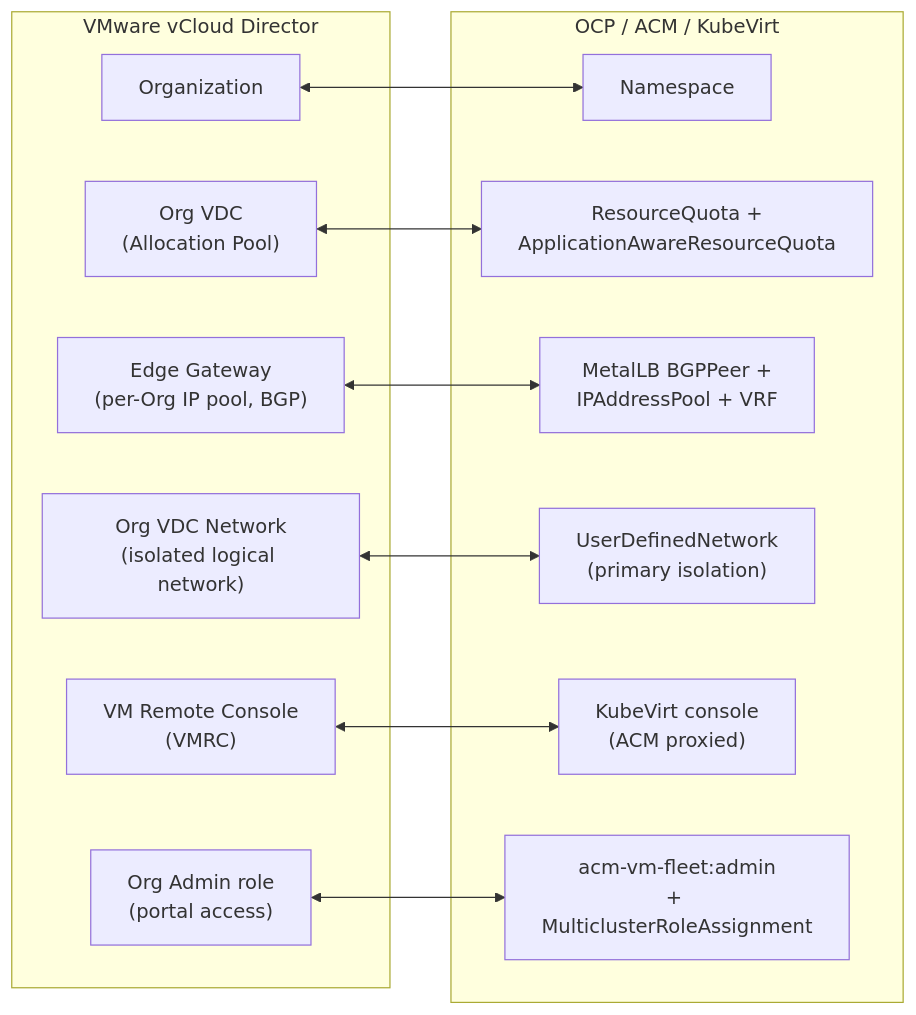
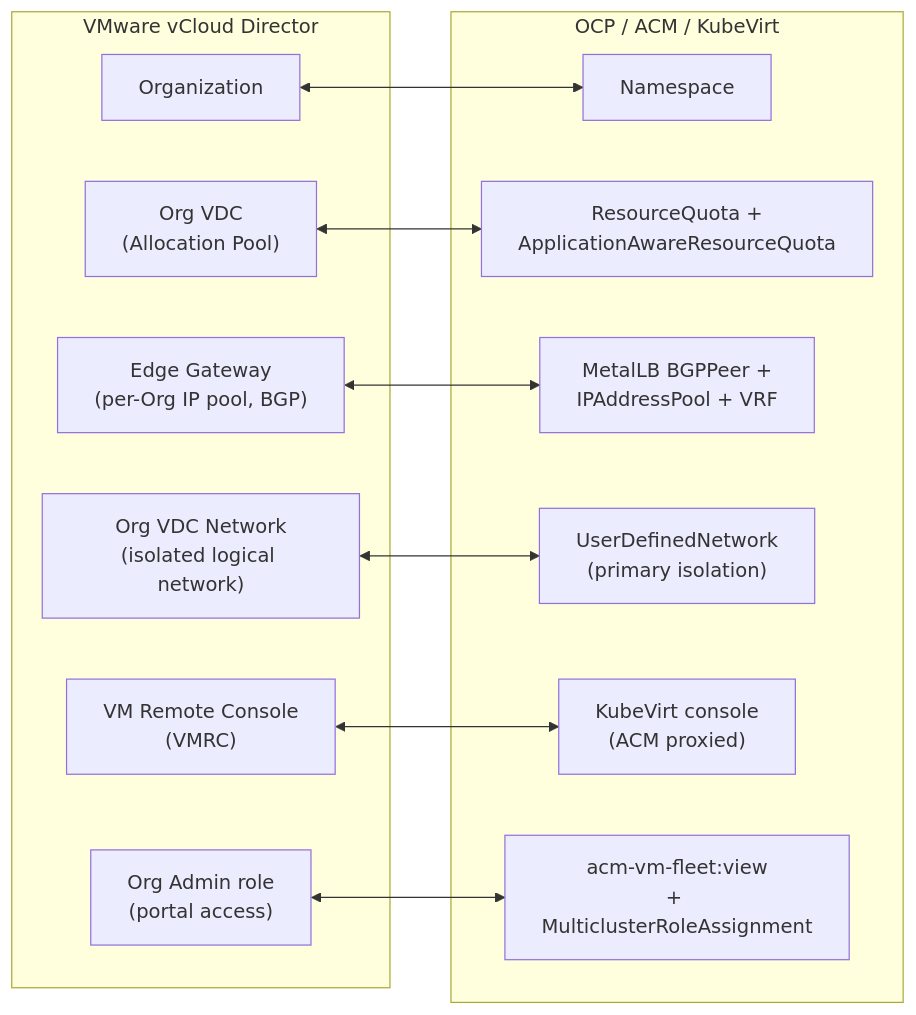
The third of 3 diagrams in docs/tenancy-model.md (ngner/tenancy-by-acm-policy), drawn with Mermaid before and after one commit. The commit also changed other lines of this file and 10 other files, not shown here.

````diff
--- a/docs/tenancy-model.md
+++ b/docs/tenancy-model.md
@@ -207,26 +215,26 @@
 ```mermaid
 flowchart LR
     subgraph vcd [VMware vCloud Director]
         org[Organization]
         vdc["Org VDC\n(Allocation Pool)"]
         edgegw["Edge Gateway\n(per-Org IP pool, BGP)"]
         orgnet["Org VDC Network\n(isolated logical network)"]
         vmrc["VM Remote Console\n(VMRC)"]
         orgadmin["Org Admin role\n(portal access)"]
     end
     subgraph ocp [OCP / ACM / KubeVirt]
         ns[Namespace]
         quota["ResourceQuota +\nApplicationAwareResourceQuota"]
         metallb["MetalLB BGPPeer +\nIPAddressPool + VRF"]
         udn["UserDefinedNetwork\n(primary isolation)"]
         console["KubeVirt console\n(ACM proxied)"]
-        fleetrole["acm-vm-fleet:admin\n+ MulticlusterRoleAssignment"]
+        fleetrole["acm-vm-fleet:view\n+ MulticlusterRoleAssignment"]
     end
 
     org <--> ns
     vdc <--> quota
     edgegw <--> metallb
     orgnet <--> udn
     vmrc <--> console
     orgadmin <--> fleetrole
 ```
````
